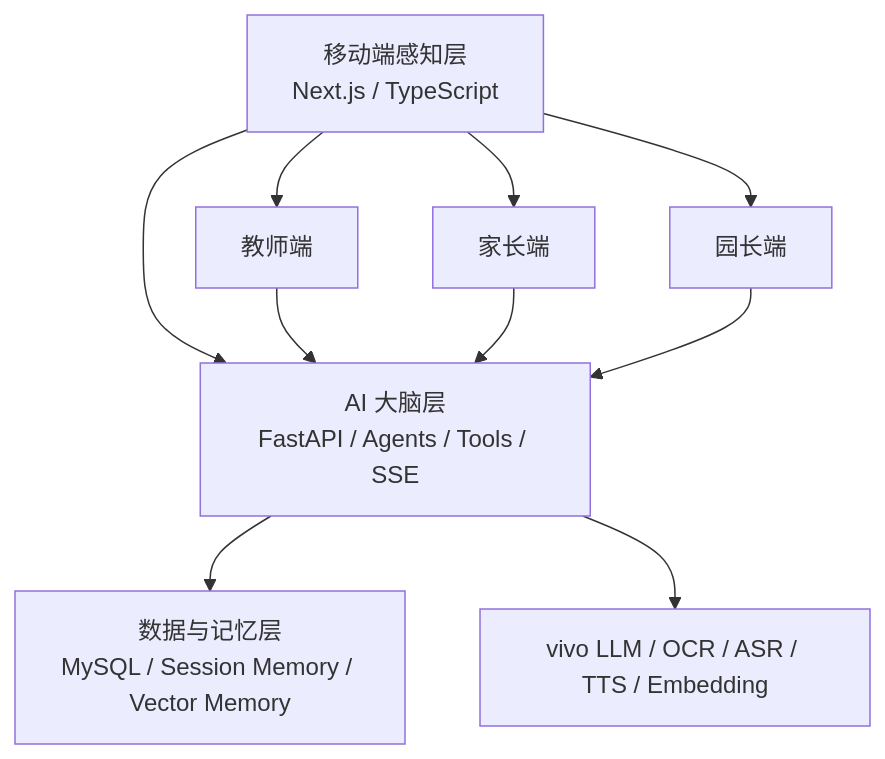
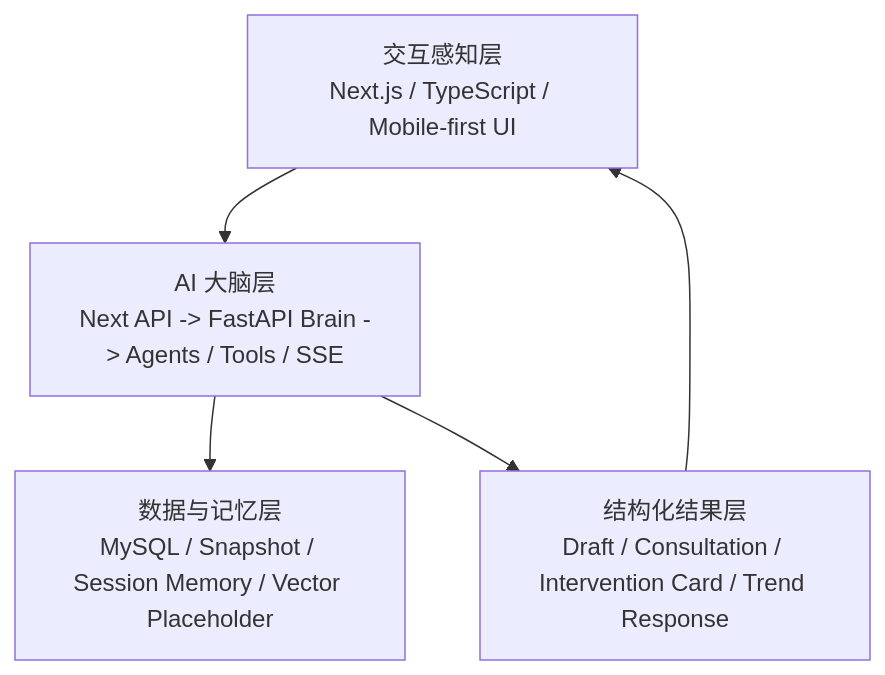
Before and after one commit to VictorMaxWang/smartchildcare-agent: the diagram in README.md, drawn with Mermaid. The commit also changed other lines of this file, not shown here.

````diff
--- a/README.md
+++ b/README.md
@@ -53,12 +168,7 @@
 ```mermaid
-graph TD
-    A["移动端感知层<br/>Next.js / TypeScript"] --> B["AI 大脑层<br/>FastAPI / Agents / Tools / SSE"]
-    B --> C["数据与记忆层<br/>MySQL / Session Memory / Vector Memory"]
-    A --> D["教师端"]
-    A --> E["家长端"]
-    A --> F["园长端"]
-    D --> B
-    E --> B
-    F --> B
-    B --> G["vivo LLM / OCR / ASR / TTS / Embedding"]
+flowchart TD
+    A["交互感知层<br/>Next.js / TypeScript / Mobile-first UI"] --> B["AI 大脑层<br/>Next API -> FastAPI Brain -> Agents / Tools / SSE"]
+    B --> C["数据与记忆层<br/>MySQL / Snapshot / Session Memory / Vector Placeholder"]
+    B --> D["结构化结果层<br/>Draft / Consultation / Intervention Card / Trend Response"]
+    D --> A
 ```
````
